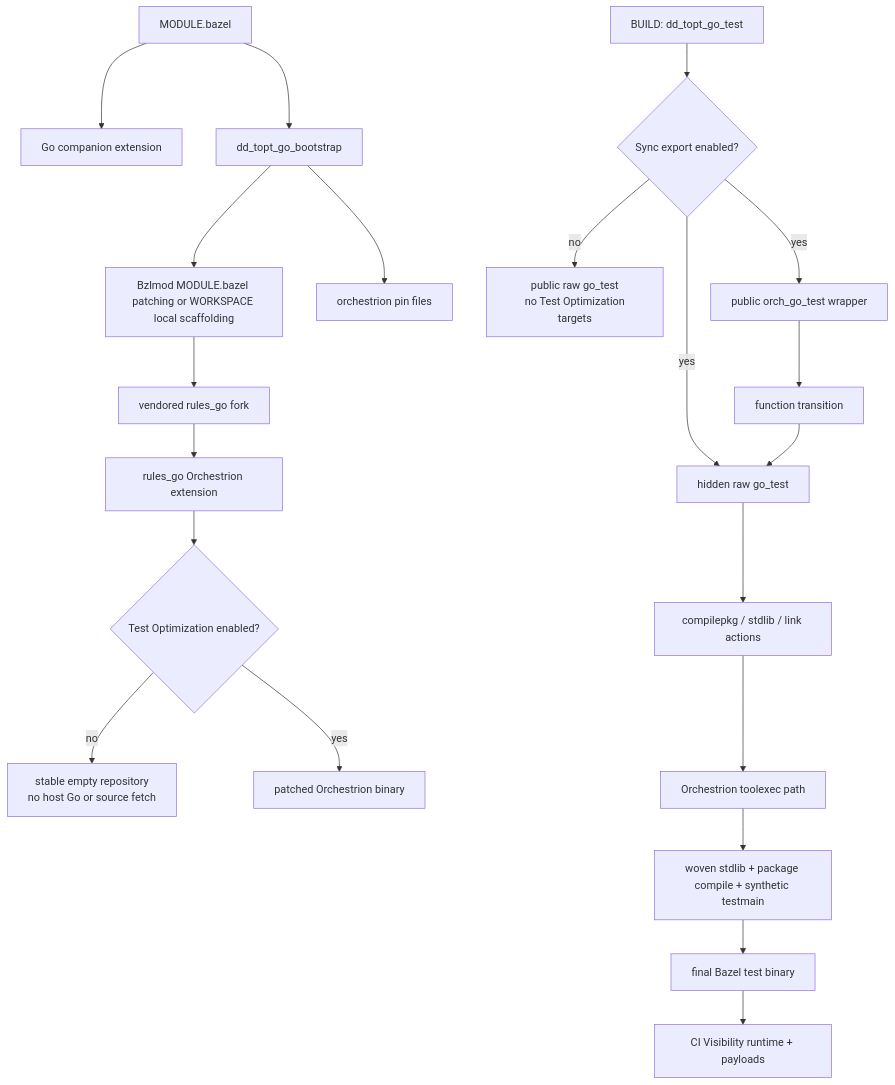
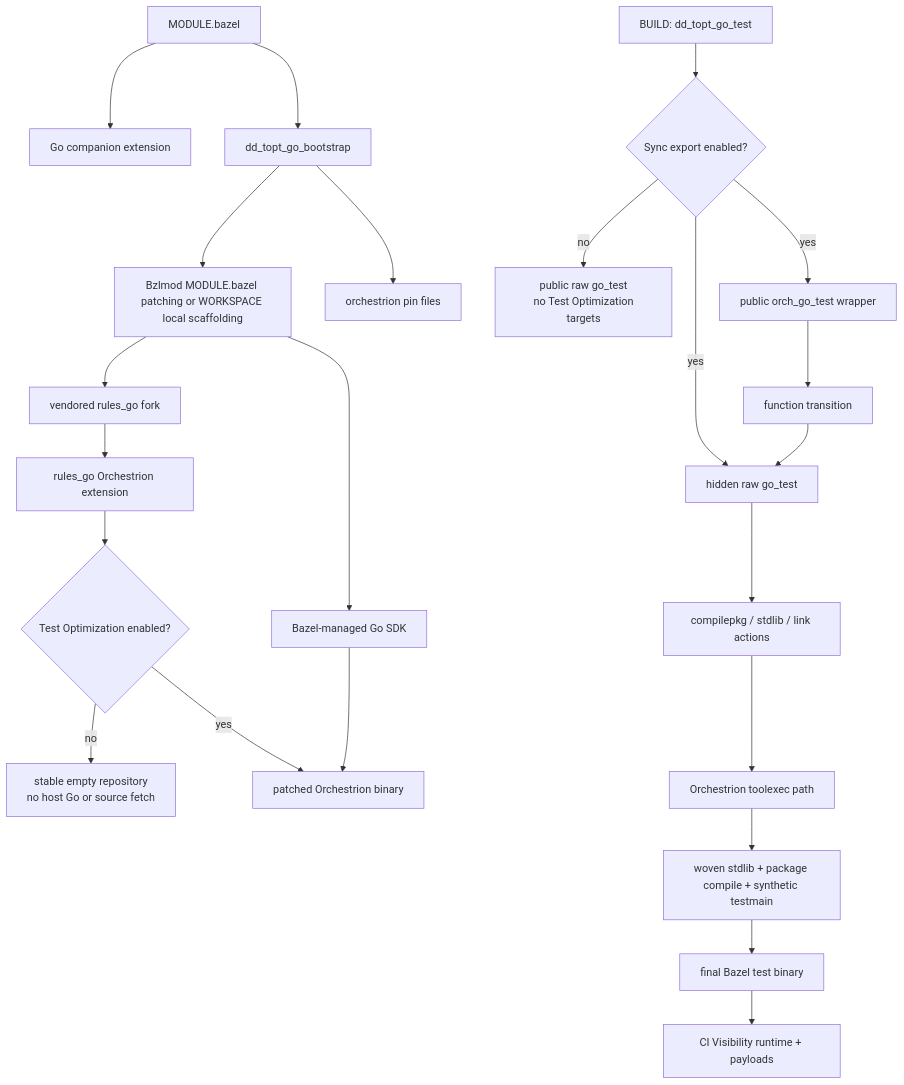
Before and after one commit to DataDog/rules_test_optimization: the first of 3 diagrams in docs/go_orchestrion_bazel_deep_dive.md, drawn with Mermaid. The commit also changed other lines of this file and 35 other files, not shown here.

Commit message:
go: build Orchestrion with a Bazel-managed SDK

````diff
--- a/docs/go_orchestrion_bazel_deep_dive.md
+++ b/docs/go_orchestrion_bazel_deep_dive.md
@@ -112,25 +112,27 @@
 ```mermaid
 flowchart TD
     A[MODULE.bazel] --> B[Go companion extension]
     A --> C[dd_topt_go_bootstrap]
     C --> D[Bzlmod MODULE.bazel patching or WORKSPACE local scaffolding]
     C --> E[orchestrion pin files]
     D --> F[vendored rules_go fork]
+    D --> W[Bazel-managed Go SDK]
     F --> G[rules_go Orchestrion extension]
     G --> U{Test Optimization enabled?}
     U -->|no| V[stable empty repository\n no host Go or source fetch]
     U -->|yes| H[patched Orchestrion binary]
+    W --> H
 
     I[BUILD: dd_topt_go_test] --> R{Sync export enabled?}
     R -->|no| S[public raw go_test\n no Test Optimization targets]
     R -->|yes| J[hidden raw go_test]
     R -->|yes| K[public orch_go_test wrapper]
     K --> L[function transition]
     L --> J
 
     J --> M[compilepkg / stdlib / link actions]
     M --> N[Orchestrion toolexec path]
     N --> O[woven stdlib + package compile + synthetic testmain]
     O --> P[final Bazel test binary]
     P --> Q[CI Visibility runtime + payloads]
 ```
````
